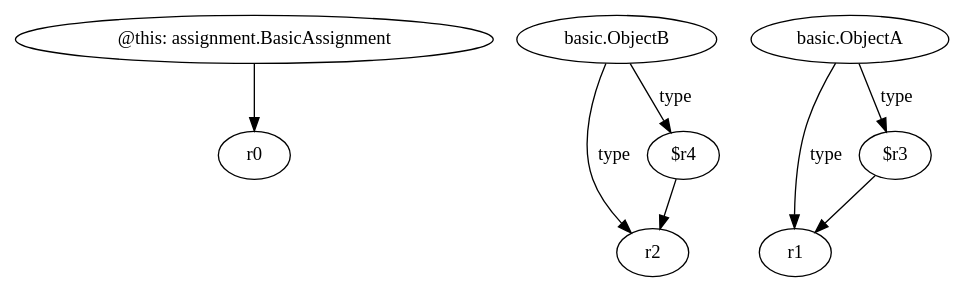
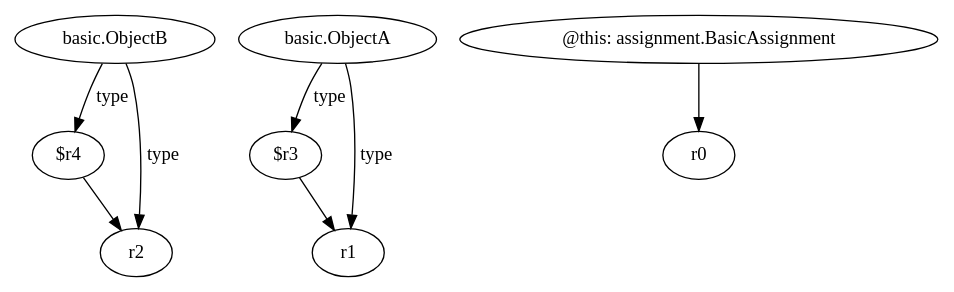
One commit to SeanCoek/zString changed the diagram in relation2/<assignment.BasicAssignment: void var2param()>.dot. Above: the diagram before and after it, drawn with Graphviz. The commit also changed 4443 other files, not shown here.

```diff
--- a/relation2/<assignment.BasicAssignment: void var2param()>.dot
+++ b/relation2/<assignment.BasicAssignment: void var2param()>.dot
@@ -1,17 +1,17 @@
 digraph g {
-0[label="@this: assignment.BasicAssignment"]
-1[label="r0"]
-0->1[label=""]
-2[label="basic.ObjectB"]
-3[label="r2"]
+0[label="basic.ObjectB"]
+1[label="$r4"]
+0->1[label="type"]
+2[label="basic.ObjectA"]
+3[label="$r3"]
 2->3[label="type"]
-4[label="basic.ObjectA"]
-5[label="r1"]
-4->5[label="type"]
-6[label="$r4"]
-2->6[label="type"]
-6->3[label=""]
-7[label="$r3"]
-4->7[label="type"]
-7->5[label=""]
+4[label="r1"]
+2->4[label="type"]
+5[label="@this: assignment.BasicAssignment"]
+6[label="r0"]
+5->6[label=""]
+3->4[label=""]
+7[label="r2"]
+0->7[label="type"]
+1->7[label=""]
 }
```
